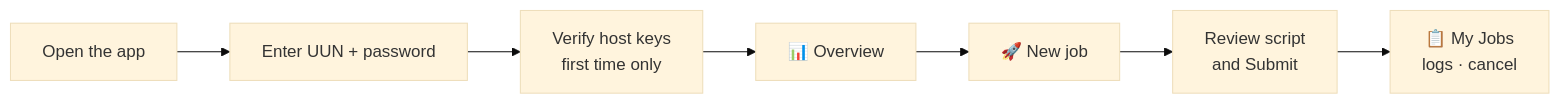
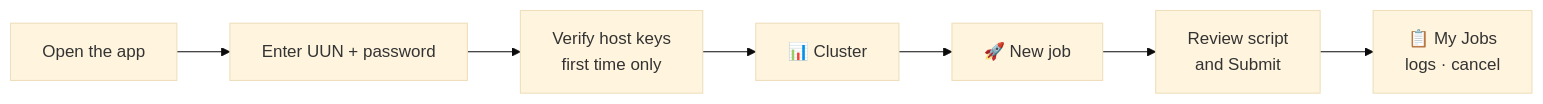
One commit to CemSarp/ICF-GUI changed the first of 2 diagrams in README.md. Above: the diagram before and after it, drawn with Mermaid (base theme). The commit also changed other lines of this file and 15 other files, not shown here.

First line of the commit message:
Cluster: one screen with Overview and Nodes tabs

````diff
--- a/README.md
+++ b/README.md
@@ -140,9 +140,9 @@
 ```mermaid
 flowchart LR
     A[Open the app] --> B[Enter UUN + password]
     B --> C[Verify host keys<br/>first time only]
-    C --> D[📊 Overview]
+    C --> D[📊 Cluster]
     D --> E[🚀 New job]
     E --> F[Review script<br/>and Submit]
     F --> G[📋 My Jobs<br/>logs · cancel]
 ```
````
